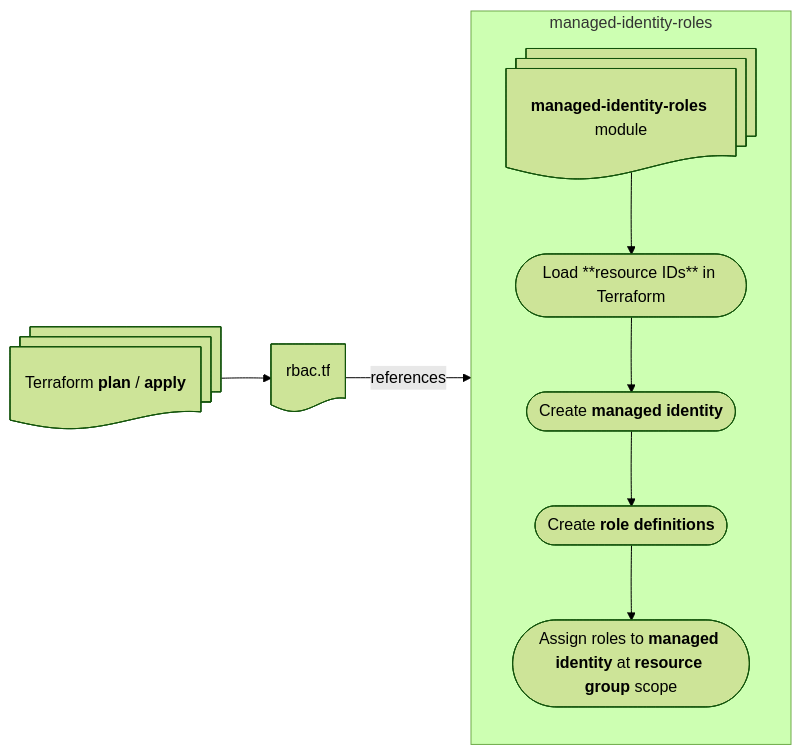
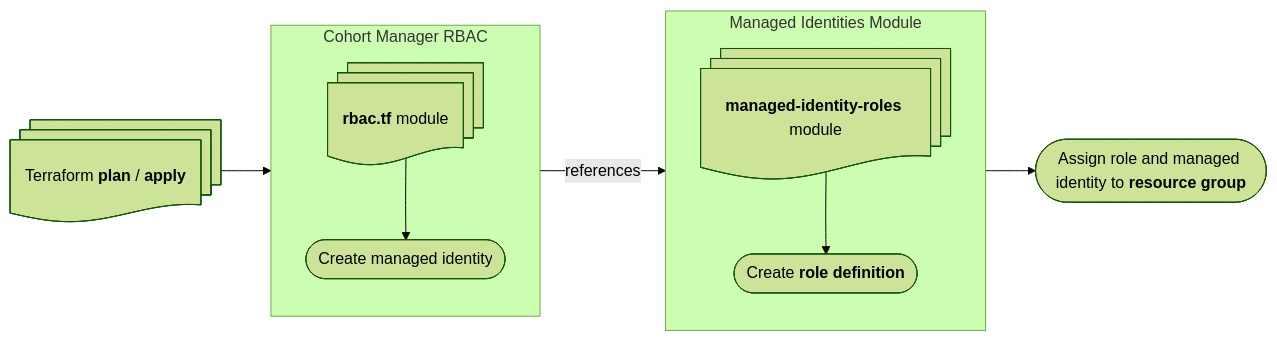
Before and after one commit to NHSDigital/dtos-cohort-manager: the first of 2 diagrams in infrastructure/tf-core/README.md, drawn with Mermaid (forest theme). The commit also changed other lines of this file and 6 other files, not shown here.

Commit message:
Add service bus topic role assignments Assign singular role definition Update README

````diff
--- a/infrastructure/tf-core/README.md
+++ b/infrastructure/tf-core/README.md
@@ -29,15 +33,23 @@
 ```mermaid
 flowchart LR
-    markdown@{ shape: docs, label: "Terraform **plan** / **apply**" }
-    rbac@{ shape: doc, label: "rbac.tf" }
-    subgraph managed-identity-roles
+    terraform@{ shape: docs, label: "Terraform **plan** / **apply**" }
+    subgraph SG1[Cohort Manager RBAC]
         direction TB
-        module@{ shape: docs, label: "**managed-identity-roles** module" }
-        load_ids(["Load **resource IDs** in Terraform"])
-        id(["`Create **managed identity**`"])
-        defs(["`Create **role definitions**`"])
-        assign(["`Assign roles to **managed identity** at **resource group** scope`"])
+        module1@{ shape: docs, label: "**rbac.tf** module" }
+        managed_identity(["`Create managed identity`"])
+
+        module1 --> managed_identity
     end
-    markdown --> rbac-->|references|managed-identity-roles
-    module --> load_ids --> id --> defs --> assign
+
+    subgraph SG2["Managed Identities Module"]
+        direction TB
+        module2@{ shape: docs, label: "**managed-identity-roles** module" }
+        defs(["`Create **role definition**`"])
+
+        module2 --> defs
+    end
+
+    assign(["`Assign role and managed identity to **resource group**`"])
+    terraform --> SG1 -->|references|SG2 --> assign
+
 ```
````
